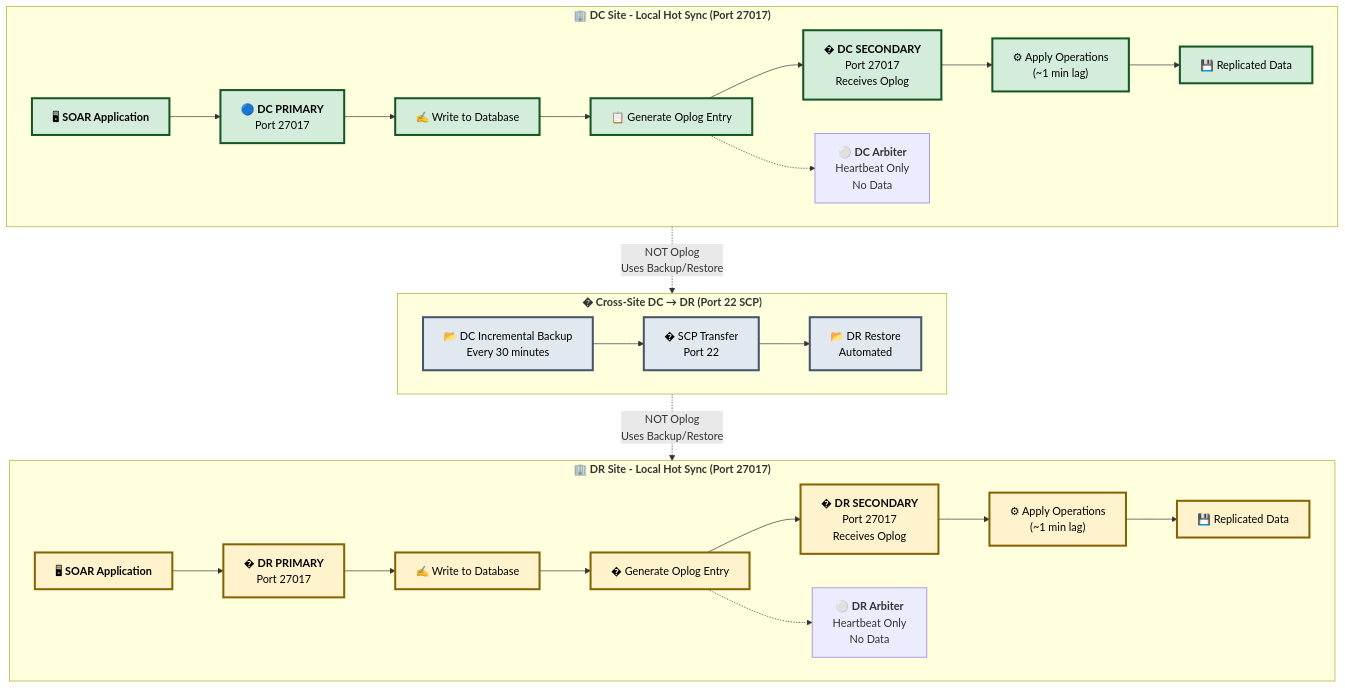
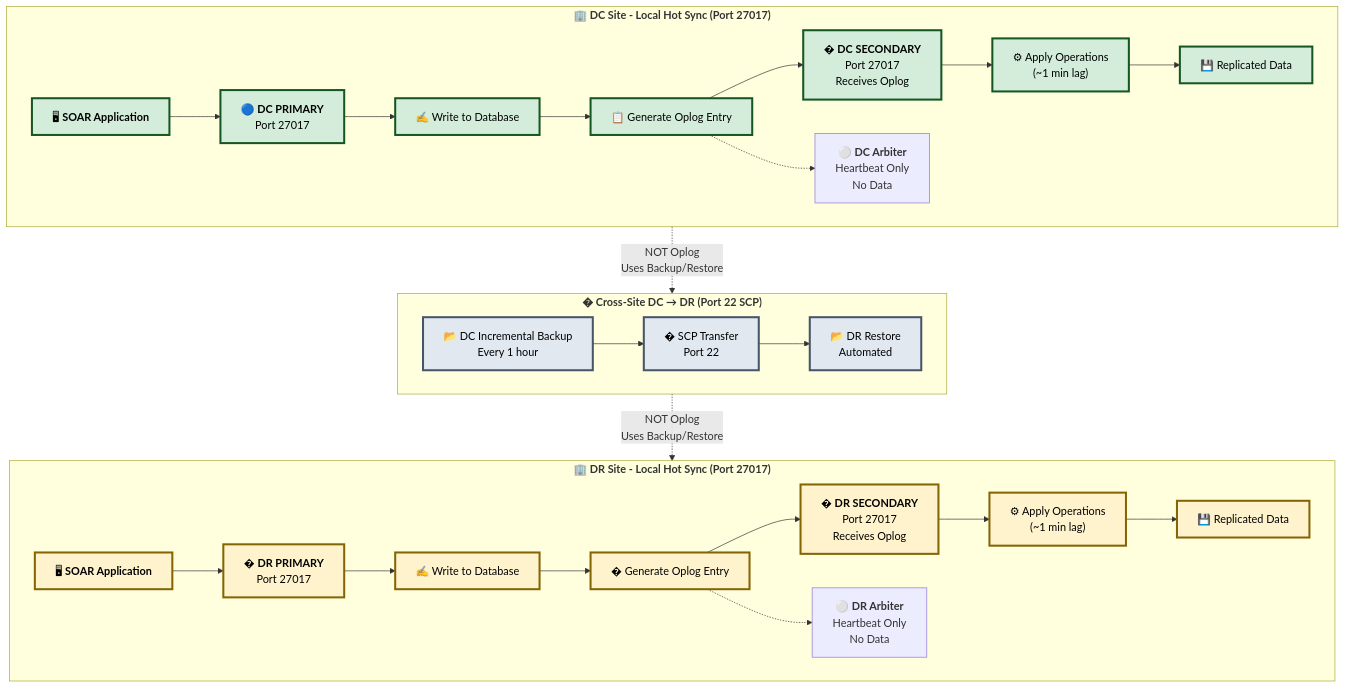
The ninth of 12 diagrams in HA_DR_Architecture_Documentation_dt2.md (Karthikhvr/customers-docs), drawn with Mermaid before and after one commit. The commit also changed other lines of this file, not shown here.

Commit message:
Updated Incremental backup interval to 1 hr and secondary fail over to 20-35 minutes instead of seconds

````diff
--- a/HA_DR_Architecture_Documentation_dt2.md
+++ b/HA_DR_Architecture_Documentation_dt2.md
@@ -566,38 +566,38 @@
 ```mermaid
 graph TB
     subgraph DC_SITE["<b>🏢 DC Site - Local Hot Sync (Port 27017)</b>"]
         DC_APP["🖥 <b>SOAR Application</b>"] --> DC_PRI["🔵 <b>DC PRIMARY</b><br/>Port 27017"]
         DC_PRI --> DC_WRITE["✍ Write to Database"]
         DC_WRITE --> DC_OPLOG["📋 Generate Oplog Entry"]
         DC_OPLOG --> DC_SEC["� <b>DC SECONDARY</b><br/>Port 27017<br/>Receives Oplog"]
         DC_SEC --> DC_APPLY["⚙ Apply Operations<br/>(~1 min lag)"]
         DC_APPLY --> DC_DATA["💾 Replicated Data"]
         DC_OPLOG -.-> DC_ARB["⚪ <b>DC Arbiter</b><br/>Heartbeat Only<br/>No Data"]
     end
     
     subgraph DR_SITE["<b>🏢 DR Site - Local Hot Sync (Port 27017)</b>"]
         DR_APP["🖥 <b>SOAR Application</b>"] --> DR_PRI["� <b>DR PRIMARY</b><br/>Port 27017"]
         DR_PRI --> DR_WRITE["✍ Write to Database"]
         DR_WRITE --> DR_OPLOG["� Generate Oplog Entry"]
         DR_OPLOG --> DR_SEC["� <b>DR SECONDARY</b><br/>Port 27017<br/>Receives Oplog"]
         DR_SEC --> DR_APPLY["⚙ Apply Operations<br/>(~1 min lag)"]
         DR_APPLY --> DR_DATA["💾 Replicated Data"]
         DR_OPLOG -.-> DR_ARB["⚪ <b>DR Arbiter</b><br/>Heartbeat Only<br/>No Data"]
     end
     
     subgraph CROSS_SITE["<b>� Cross-Site DC → DR (Port 22 SCP)</b>"]
-        DC_BACKUP["📂 DC Incremental Backup<br/>Every 30 minutes"] --> SCP["� SCP Transfer<br/>Port 22"]
+        DC_BACKUP["📂 DC Incremental Backup<br/>Every 1 hour"] --> SCP["� SCP Transfer<br/>Port 22"]
         SCP --> DR_RESTORE["📂 DR Restore<br/>Automated"]
     end
     
     DC_SITE -.->|"NOT Oplog<br/>Uses Backup/Restore"| CROSS_SITE
     CROSS_SITE -.->|"NOT Oplog<br/>Uses Backup/Restore"| DR_SITE
     
     classDef dcStyle fill:#d4edda,stroke:#155724,stroke-width:3px,color:#000
     classDef drStyle fill:#fff3cd,stroke:#856404,stroke-width:3px,color:#000
     classDef crossStyle fill:#e2e8f0,stroke:#475569,stroke-width:3px,color:#000
     
     class DC_APP,DC_PRI,DC_WRITE,DC_OPLOG,DC_SEC,DC_APPLY,DC_DATA dcStyle
     class DR_APP,DR_PRI,DR_WRITE,DR_OPLOG,DR_SEC,DR_APPLY,DR_DATA drStyle
     class DC_BACKUP,SCP,DR_RESTORE crossStyle
 ```
````
